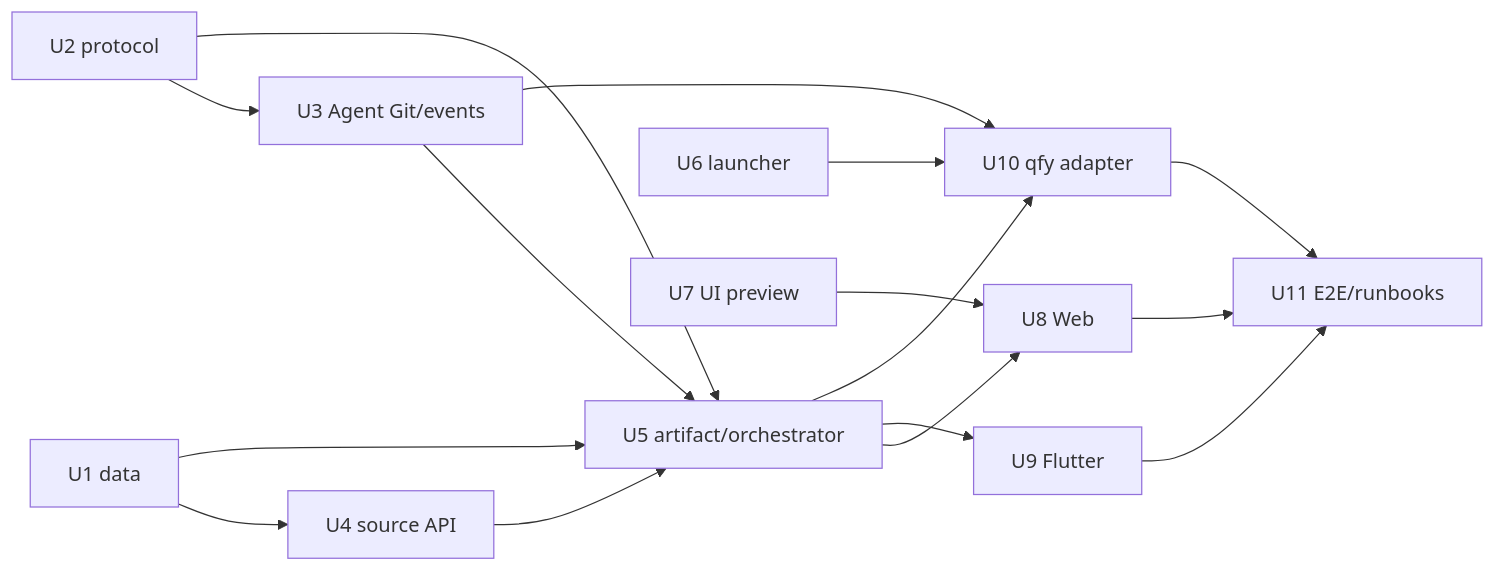
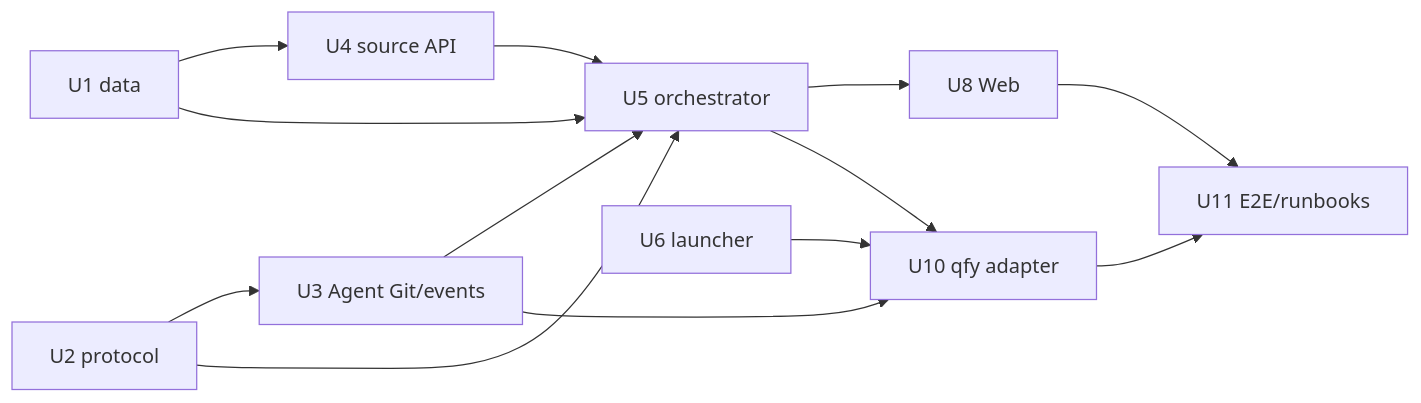
Before and after one commit to ZhcChen/deploy-go: the third of 3 diagrams in docs/plans/2026-08-06-004-git-branch-two-stage-deployment-plan.md, drawn with Mermaid. The commit also changed other lines of this file and 1 other file, not shown here.

````diff
--- a/docs/plans/2026-08-06-004-git-branch-two-stage-deployment-plan.md
+++ b/docs/plans/2026-08-06-004-git-branch-two-stage-deployment-plan.md
@@ -249,18 +241,15 @@
 ```mermaid
 flowchart LR
   U1[U1 data] --> U4[U4 source API]
   U2[U2 protocol] --> U3[U3 Agent Git/events]
-  U1 --> U5[U5 artifact/orchestrator]
+  U1 --> U5[U5 orchestrator]
   U2 --> U5
   U3 --> U5
   U4 --> U5
   U6[U6 launcher] --> U10[U10 qfy adapter]
   U5 --> U8[U8 Web]
-  U7[U7 UI preview] --> U8
-  U5 --> U9[U9 Flutter]
   U3 --> U10
   U5 --> U10
   U8 --> U11[U11 E2E/runbooks]
-  U9 --> U11
   U10 --> U11
 ```
````
